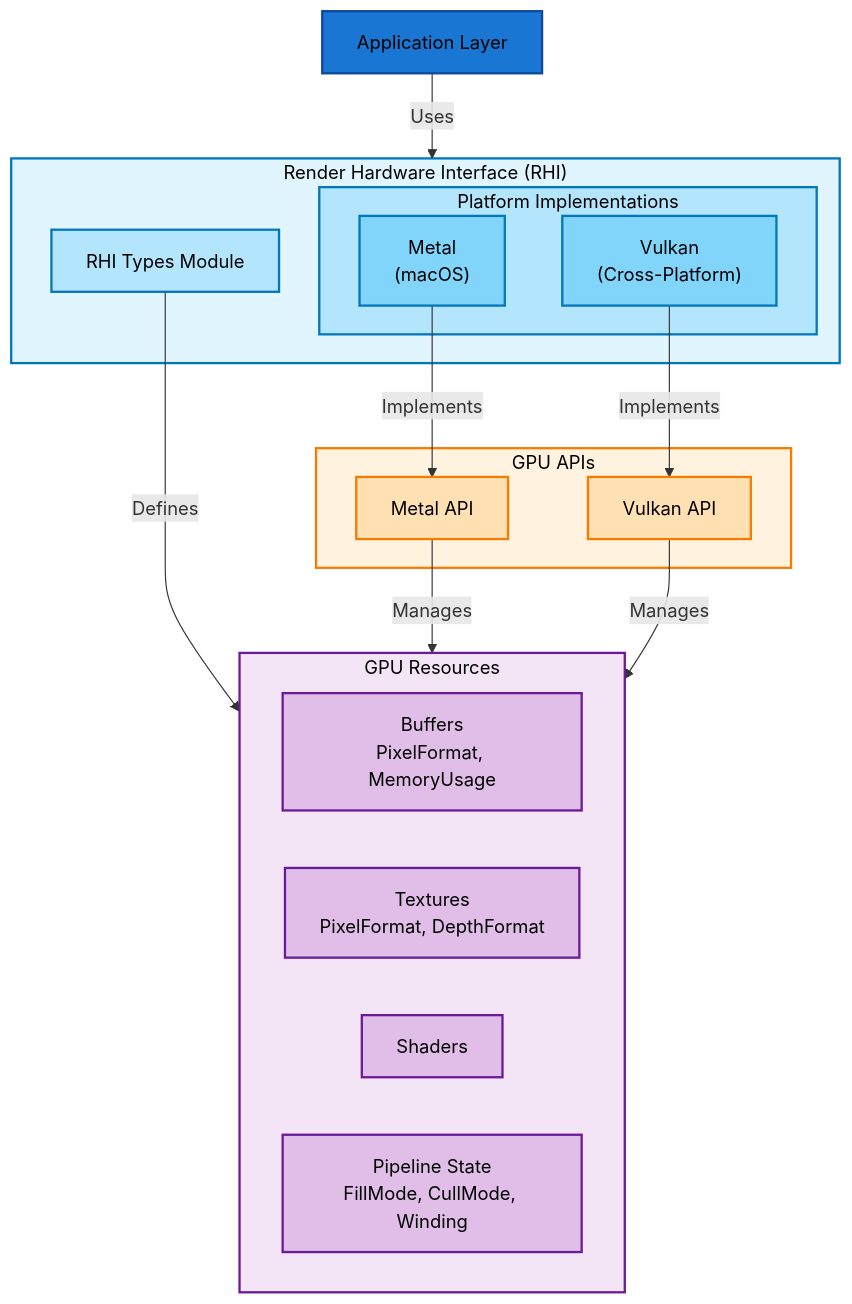
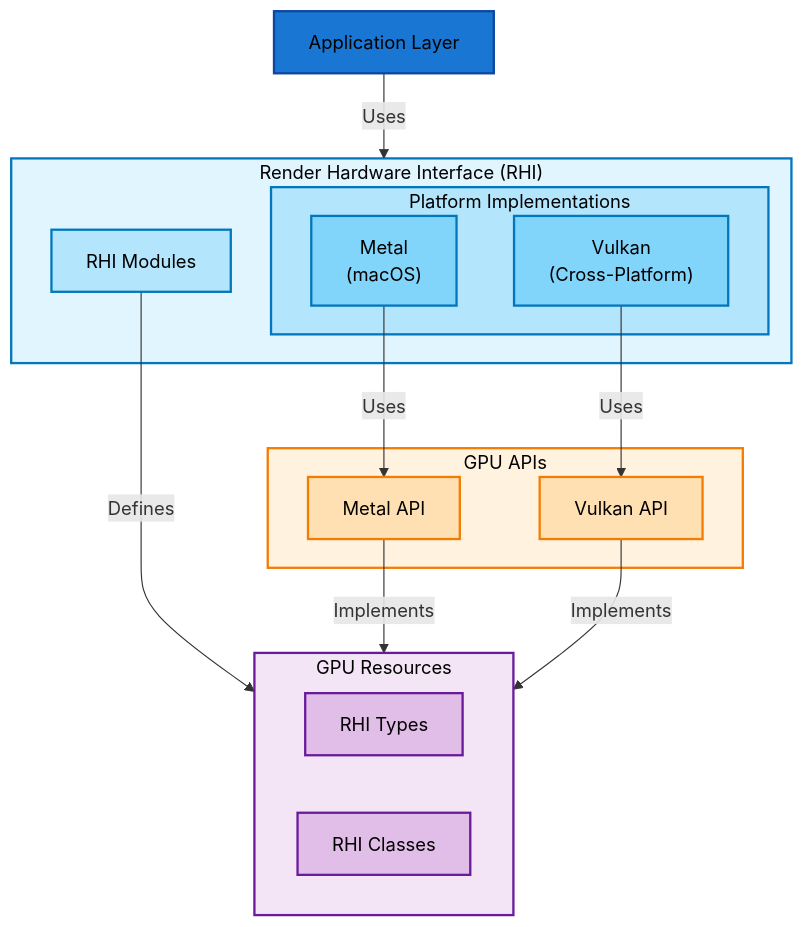
One commit to marcusgigandet/lys changed the diagram in engine/README.md. Above: the diagram before and after it, drawn with Mermaid. The commit also changed 18 other files, not shown here.

Commit message:
feat: Add base RHI files with basic classes and formatting done.

````diff
--- a/engine/README.md
+++ b/engine/README.md
@@ -13,46 +13,42 @@
 ```mermaid
 graph TB
     App["Application Layer"]
     
     subgraph RHI["Render Hardware Interface (RHI)"]
-        RHITypes["RHI Types Module"]
+        RHITypes["RHI Modules"]
         subgraph Platform["Platform Implementations"]
             Metal["Metal<br/>(macOS)"]
             Vulkan["Vulkan<br/>(Cross-Platform)"]
         end
     end
     
     subgraph GPU["GPU APIs"]
         MetalAPI["Metal API"]
         VulkanAPI["Vulkan API"]
     end
     
     subgraph Resources["GPU Resources"]
-        Buffers["Buffers<br/>PixelFormat, MemoryUsage"]
-        Textures["Textures<br/>PixelFormat, DepthFormat"]
-        Shaders["Shaders"]
-        Pipeline["Pipeline State<br/>FillMode, CullMode, Winding"]
+        Resources_A["RHI Types"]
+        Resources_B["RHI Classes"]
     end
     
     App -->|Uses| RHI
     RHITypes -->|Defines| Resources
-    Metal -->|Implements| MetalAPI
-    Vulkan -->|Implements| VulkanAPI
-    MetalAPI -->|Manages| Resources
-    VulkanAPI -->|Manages| Resources
+    Metal -->|Uses| MetalAPI
+    Vulkan -->|Uses| VulkanAPI
+    MetalAPI -->|Implements| Resources
+    VulkanAPI -->|Implements| Resources
     
     style App fill:#1976d2,stroke:#0d47a1,stroke-width:2px,color:#000000
     style RHI fill:#e1f5ff,stroke:#0277bd,stroke-width:2px,color:#000000
     style RHITypes fill:#b3e5fc,stroke:#0277bd,stroke-width:2px,color:#000000
     style Platform fill:#b3e5fc,stroke:#0277bd,stroke-width:2px,color:#000000
     style Metal fill:#81d4fa,stroke:#0277bd,stroke-width:2px,color:#000000
     style Vulkan fill:#81d4fa,stroke:#0277bd,stroke-width:2px,color:#000000
     style GPU fill:#fff3e0,stroke:#f57c00,stroke-width:2px,color:#000000
     style MetalAPI fill:#ffe0b2,stroke:#f57c00,stroke-width:2px,color:#000000
     style VulkanAPI fill:#ffe0b2,stroke:#f57c00,stroke-width:2px,color:#000000
     style Resources fill:#f3e5f5,stroke:#6a1b9a,stroke-width:2px,color:#000000
-    style Buffers fill:#e1bee7,stroke:#6a1b9a,stroke-width:2px,color:#000000
-    style Textures fill:#e1bee7,stroke:#6a1b9a,stroke-width:2px,color:#000000
-    style Shaders fill:#e1bee7,stroke:#6a1b9a,stroke-width:2px,color:#000000
-    style Pipeline fill:#e1bee7,stroke:#6a1b9a,stroke-width:2px,color:#000000
+    style Resources_A fill:#e1bee7,stroke:#6a1b9a,stroke-width:2px,color:#000000
+    style Resources_B fill:#e1bee7,stroke:#6a1b9a,stroke-width:2px,color:#000000
 ```
````
